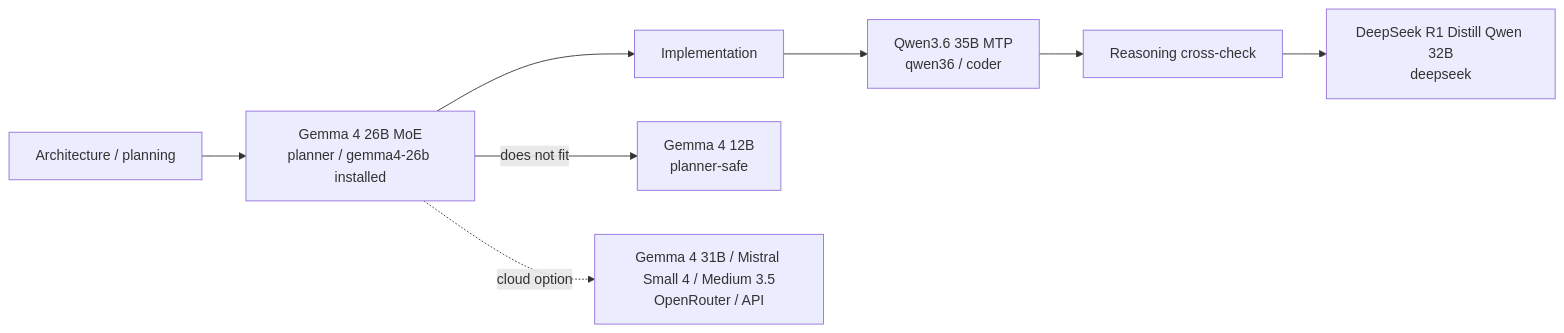
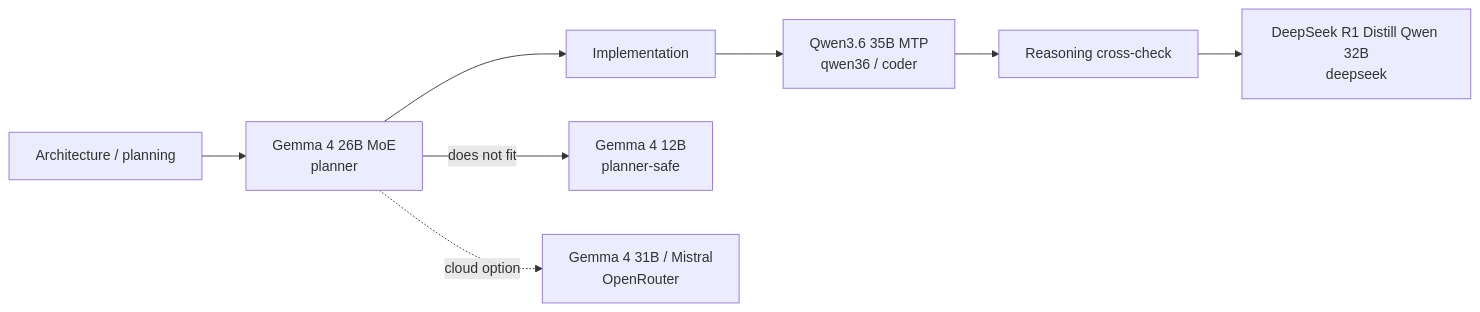
Before and after one commit to Rad-ops/local-ai-coding-stack: the diagram in README.md, drawn with Mermaid. The commit also changed other lines of this file and 31 other files, not shown here.

````diff
--- a/README.md
+++ b/README.md
@@ -48,8 +45,8 @@
 ```mermaid
 flowchart LR
-  Plan[Architecture / planning] --> Planner[Gemma 4 26B MoE<br/>planner / gemma4-26b installed]
+  Plan[Architecture / planning] --> Planner[Gemma 4 26B MoE<br/>planner]
   Planner --> Implement[Implementation] --> Primary[Qwen3.6 35B MTP<br/>qwen36 / coder]
   Primary --> Check[Reasoning cross-check] --> DeepSeek[DeepSeek R1 Distill Qwen 32B<br/>deepseek]
   Planner -->|does not fit| Safe[Gemma 4 12B<br/>planner-safe]
-  Planner -.cloud option.-> Cloud[Gemma 4 31B / Mistral Small 4 / Medium 3.5<br/>OpenRouter / API]
+  Planner -.cloud option.-> Cloud[Gemma 4 31B / Mistral<br/>OpenRouter]
 ```
````
